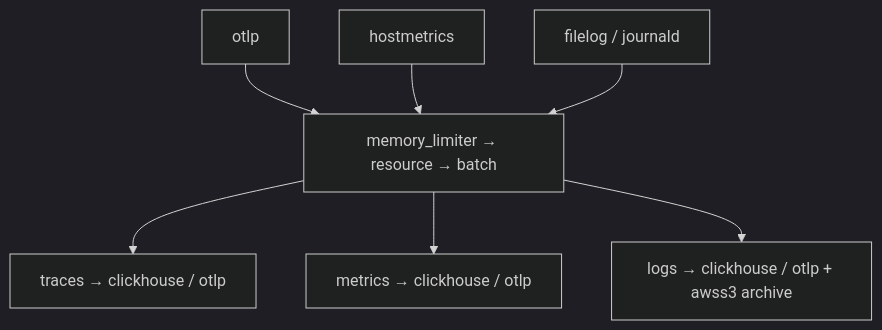
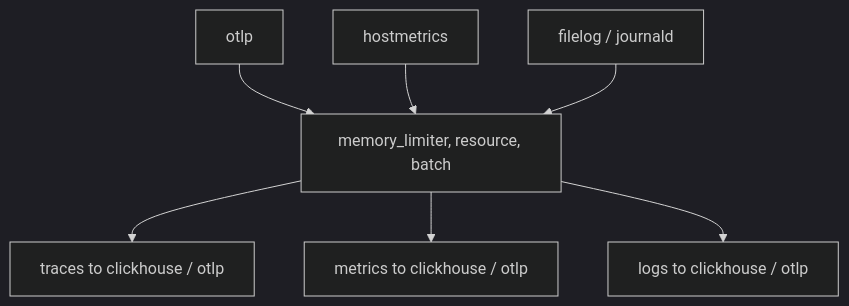
One commit to Paramount50/ix-index changed the second of 2 diagrams in modules/services/observability/README.md. Above: the diagram before and after it, drawn with Mermaid (dark theme). The commit also changed other lines of this file and 16 other files, not shown here.

````diff
--- a/modules/services/observability/README.md
+++ b/modules/services/observability/README.md
@@ -61,10 +63,10 @@
 ```mermaid
 flowchart TB
   otlp["otlp"] --> P
   hostmetrics["hostmetrics"] --> P
   filelog["filelog / journald"] --> P
-  P["memory_limiter → resource → batch"]
-  P --> traces["traces → clickhouse / otlp"]
-  P --> metrics["metrics → clickhouse / otlp"]
-  P --> logs["logs → clickhouse / otlp + awss3 archive"]
+  P["memory_limiter, resource, batch"]
+  P --> traces["traces to clickhouse / otlp"]
+  P --> metrics["metrics to clickhouse / otlp"]
+  P --> logs["logs to clickhouse / otlp"]
 ```
````
